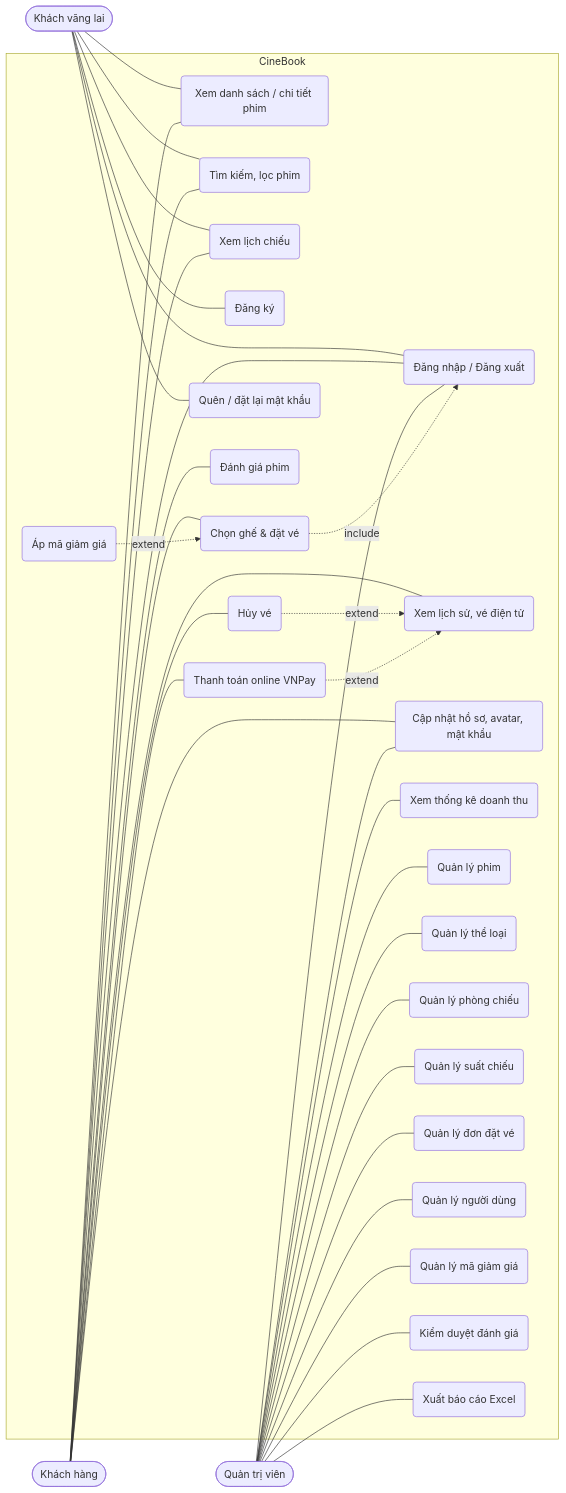
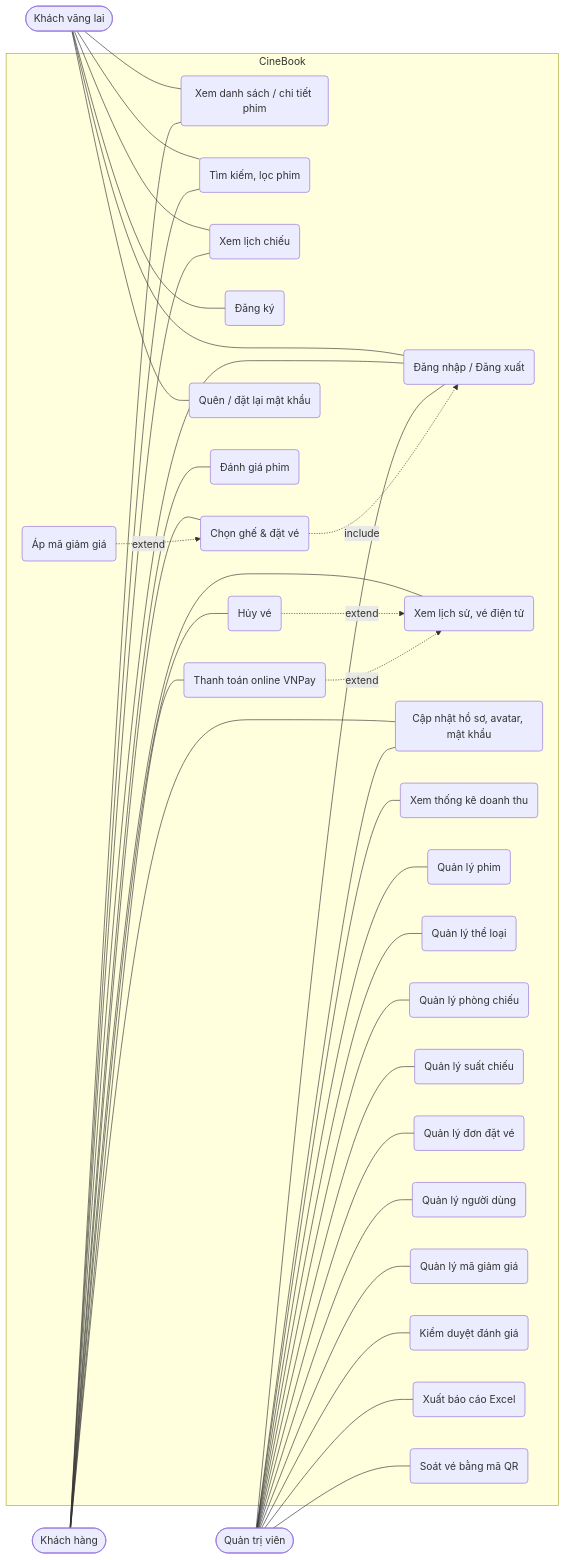
The second of 2 diagrams in docs/THIET_KE.md (Leanhoangy/CineBook), drawn with Mermaid before and after one commit. The commit also changed other lines of this file and 19 other files, not shown here.

Commit message:
Trang Soát vé cho admin: quét QR vé bằng camera hoặc nhập mã, thu tiền tại quầy và cho vào rạp, chặn vé quét lần 2

````diff
--- a/docs/THIET_KE.md
+++ b/docs/THIET_KE.md
@@ -149,40 +150,41 @@
 ```mermaid
 flowchart LR
     Guest([Khách vãng lai])
     User([Khách hàng])
     Admin([Quản trị viên])
 
     subgraph CineBook
         UC1(Xem danh sách / chi tiết phim)
         UC2(Tìm kiếm, lọc phim)
         UC3(Xem lịch chiếu)
         UC4(Đăng ký)
         UC5(Đăng nhập / Đăng xuất)
         UC6(Chọn ghế & đặt vé)
         UC7(Xem lịch sử, vé điện tử)
         UC8(Hủy vé)
         UC9(Cập nhật hồ sơ, avatar, mật khẩu)
         UC10(Xem thống kê doanh thu)
         UC11(Quản lý phim)
         UC12(Quản lý thể loại)
         UC13(Quản lý phòng chiếu)
         UC14(Quản lý suất chiếu)
         UC15(Quản lý đơn đặt vé)
         UC16(Quản lý người dùng)
         UC17(Quên / đặt lại mật khẩu)
         UC18(Đánh giá phim)
         UC19(Áp mã giảm giá)
         UC20(Quản lý mã giảm giá)
         UC21(Kiểm duyệt đánh giá)
         UC22(Xuất báo cáo Excel)
         UC23(Thanh toán online VNPay)
+        UC24(Soát vé bằng mã QR)
     end
 
     Guest --- UC1 & UC2 & UC3 & UC4 & UC5 & UC17
     User --- UC1 & UC2 & UC3 & UC5 & UC6 & UC7 & UC8 & UC9 & UC18 & UC23
-    Admin --- UC5 & UC9 & UC10 & UC11 & UC12 & UC13 & UC14 & UC15 & UC16 & UC20 & UC21 & UC22
+    Admin --- UC5 & UC9 & UC10 & UC11 & UC12 & UC13 & UC14 & UC15 & UC16 & UC20 & UC21 & UC22 & UC24
     UC6 -. include .-> UC5
     UC19 -. extend .-> UC6
     UC8 -. extend .-> UC7
     UC23 -. extend .-> UC7
 ```
````
